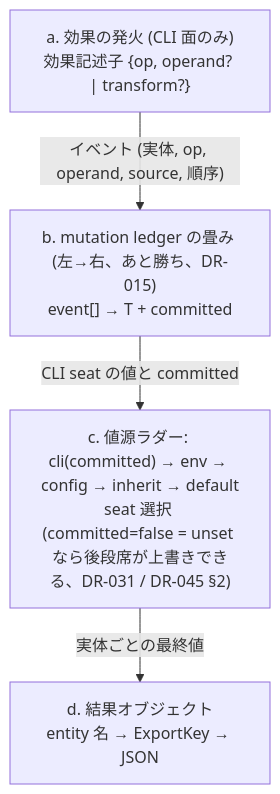
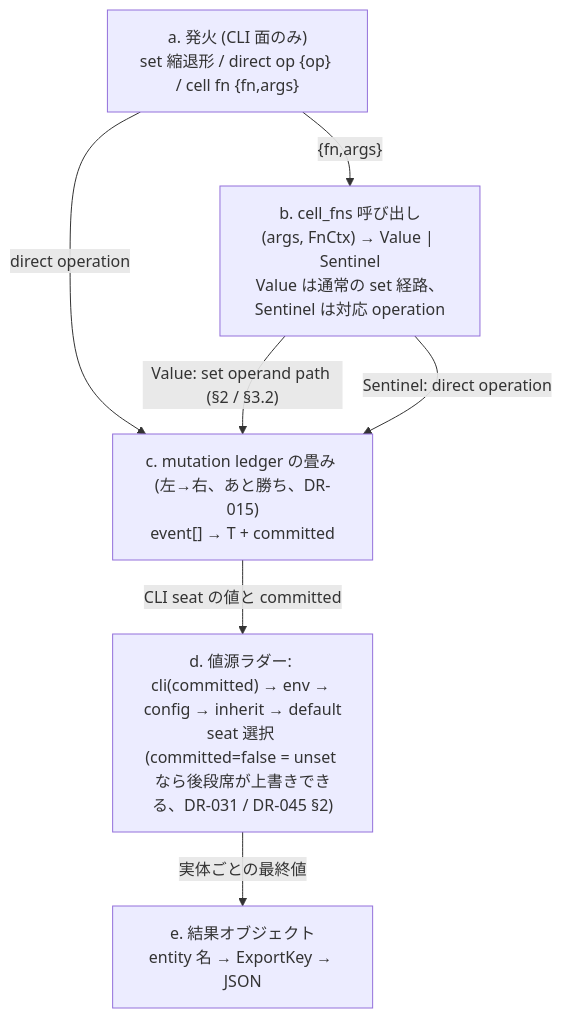
One commit to kawaz/kuu changed the first of 2 diagrams in docs/PIPELINE.md. Above: the diagram before and after it, drawn with Mermaid. The commit also changed other lines of this file and 2 other files, not shown here.

````diff
--- a/docs/PIPELINE.md
+++ b/docs/PIPELINE.md
@@ -35,10 +37,14 @@
 ```mermaid
 flowchart TD
-  A["a. 効果の発火 (CLI 面のみ)<br/>効果記述子 {op, operand? | transform?}"]
-  B["b. mutation ledger の畳み (左→右、あと勝ち、DR-015)<br/>event[] → T + committed"]
-  C["c. 値源ラダー: cli(committed) → env → config → inherit → default<br/>seat 選択 (committed=false = unset なら後段席が上書きできる、DR-031 / DR-045 §2)"]
-  D["d. 結果オブジェクト<br/>entity 名 → ExportKey → JSON"]
-  A -- "イベント (実体, op, operand, source, 順序)" --> B
+  A["a. 発火 (CLI 面のみ)<br/>set 縮退形 / direct op {op} / cell fn {fn,args}"]
+  F["b. cell_fns 呼び出し<br/>(args, FnCtx) → Value | Sentinel<br/>Value は通常の set 経路、Sentinel は対応 operation"]
+  B["c. mutation ledger の畳み (左→右、あと勝ち、DR-015)<br/>event[] → T + committed"]
+  C["d. 値源ラダー: cli(committed) → env → config → inherit → default<br/>seat 選択 (committed=false = unset なら後段席が上書きできる、DR-031 / DR-045 §2)"]
+  D["e. 結果オブジェクト<br/>entity 名 → ExportKey → JSON"]
+  A -- "direct operation" --> B
+  A -- "{fn,args}" --> F
+  F -- "Value: set operand path (§2 / §3.2)" --> B
+  F -- "Sentinel: direct operation" --> B
   B -- "CLI seat の値と committed" --> C
   C -- "実体ごとの最終値" --> D
 ```
````
